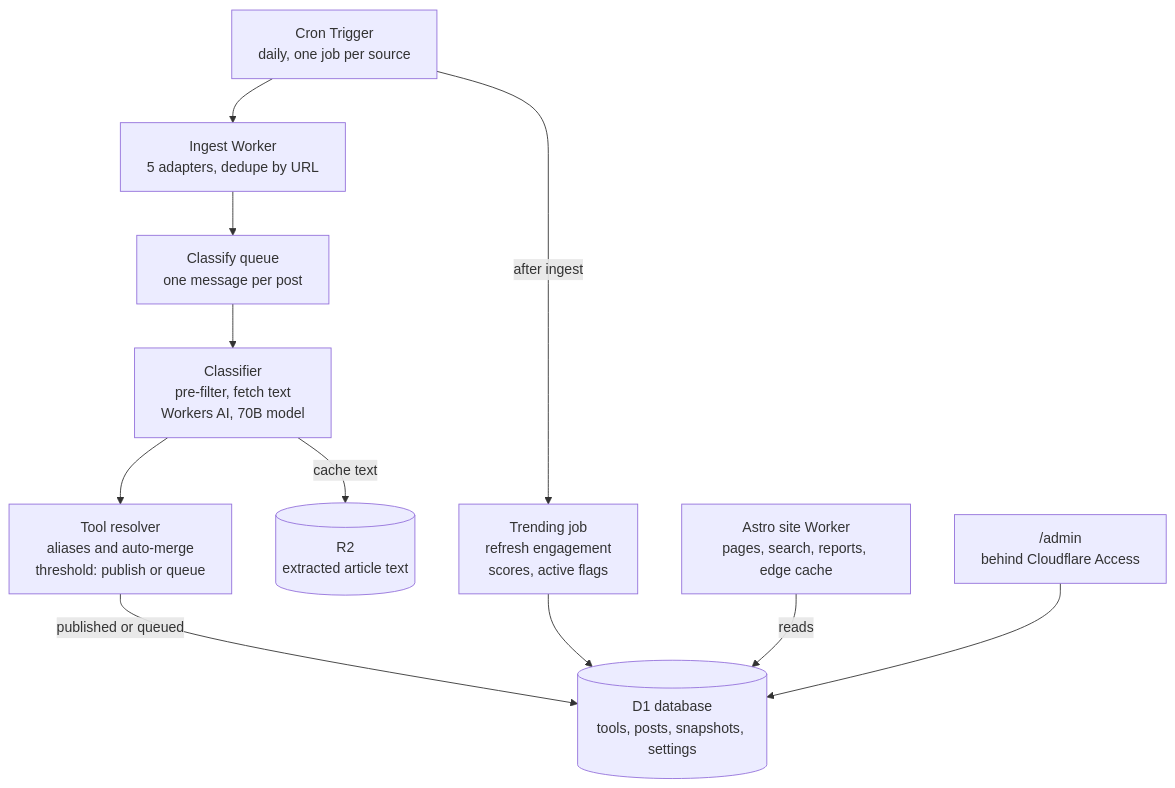
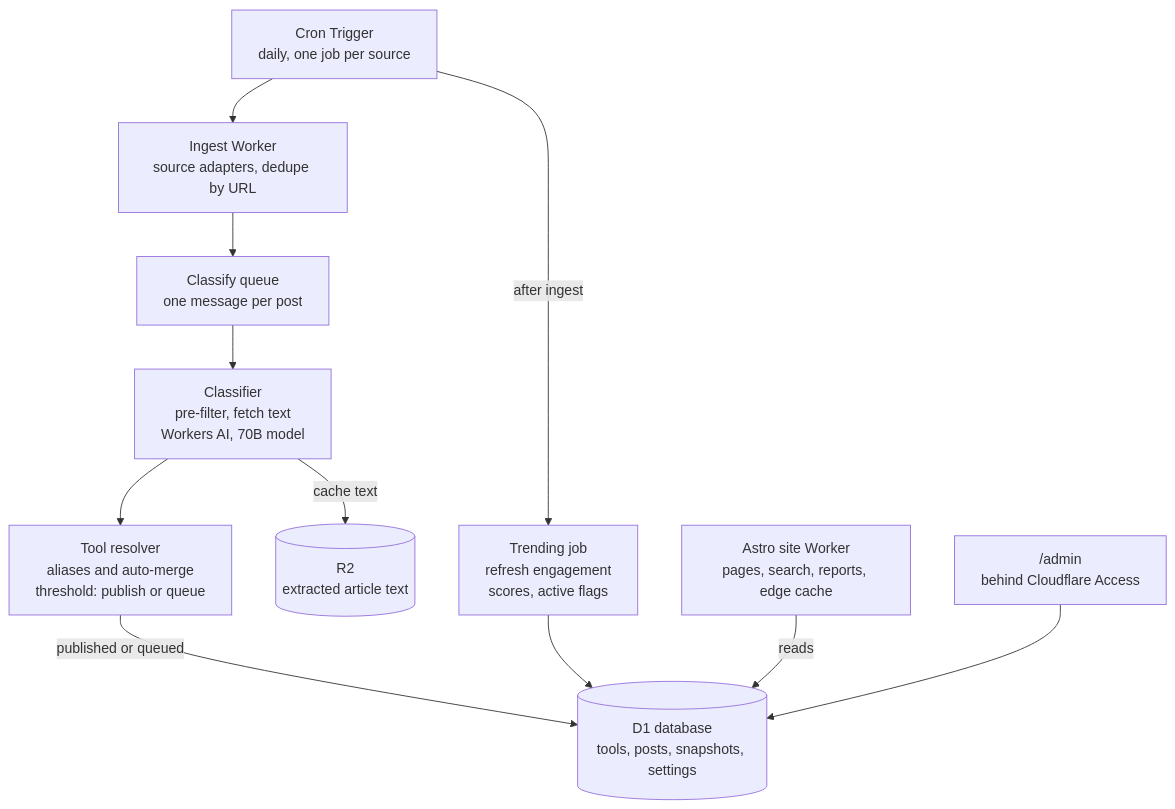
The diagram in docs/DESIGN.md (andyshinn/llmsite), drawn with Mermaid before and after one commit. The commit also changed other lines of this file and 18 other files, not shown here.

````diff
--- a/docs/DESIGN.md
+++ b/docs/DESIGN.md
@@ -38,13 +38,13 @@
 ```mermaid
 flowchart TD
-    cron["Cron Trigger<br/>daily, one job per source"] --> ingest["Ingest Worker<br/>5 adapters, dedupe by URL"]
+    cron["Cron Trigger<br/>daily, one job per source"] --> ingest["Ingest Worker<br/>source adapters, dedupe by URL"]
     ingest --> queue["Classify queue<br/>one message per post"]
     queue --> classifier["Classifier<br/>pre-filter, fetch text<br/>Workers AI, 70B model"]
     classifier --> resolver["Tool resolver<br/>aliases and auto-merge<br/>threshold: publish or queue"]
     classifier -- cache text --> r2[("R2<br/>extracted article text")]
     resolver -- published or queued --> d1[("D1 database<br/>tools, posts, snapshots, settings")]
     cron -- after ingest --> trending["Trending job<br/>refresh engagement<br/>scores, active flags"]
     trending --> d1
     site["Astro site Worker<br/>pages, search, reports, edge cache"] -- reads --> d1
     admin["/admin<br/>behind Cloudflare Access"] --> d1
 ```
````
